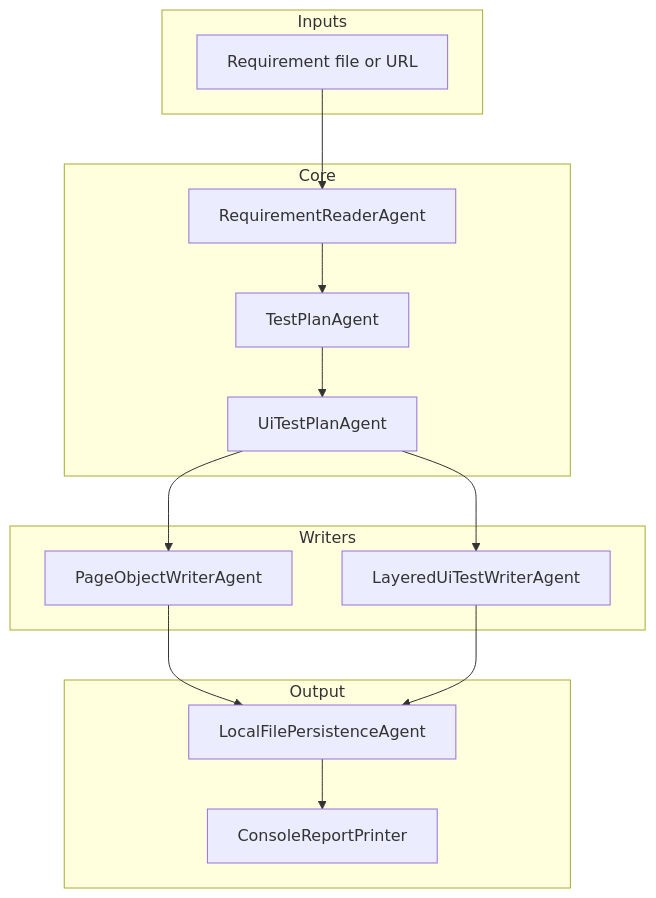
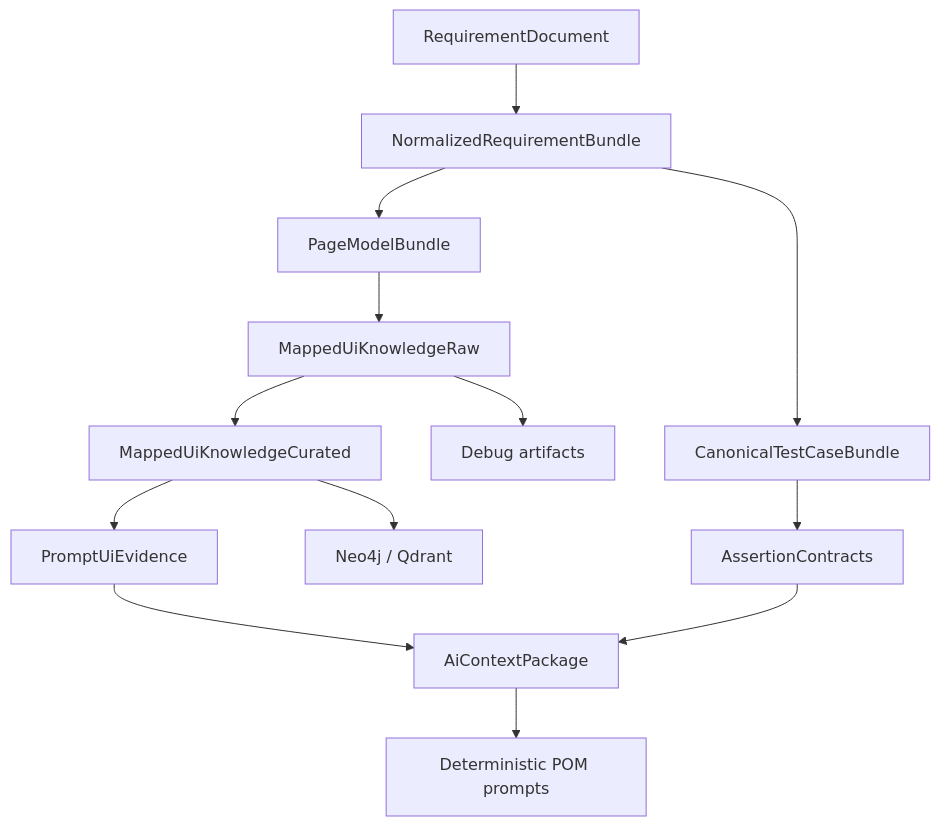
The diagram in ARCHITECTURE.md (PKrasytskyi/AQAI), drawn with Mermaid before and after one commit. The commit also changed other lines of this file and 209 other files, not shown here.

````diff
--- a/ARCHITECTURE.md
+++ b/ARCHITECTURE.md
@@ -45,31 +15,15 @@
 ```mermaid
-flowchart TB
-    subgraph Inputs
-        A["Requirement file or URL"]
-    end
-
-    subgraph Core
-        B["RequirementReaderAgent"]
-        C["TestPlanAgent"]
-        D["UiTestPlanAgent"]
-    end
-
-    subgraph Writers
-        E["PageObjectWriterAgent"]
-        F["LayeredUiTestWriterAgent"]
-    end
-
-    subgraph Output
-        G["LocalFilePersistenceAgent"]
-        H["ConsoleReportPrinter"]
-    end
-
-    A --> B
-    B --> C
-    C --> D
-    D --> E
-    D --> F
-    E --> G
-    F --> G
-    G --> H
+flowchart TD
+    A["RequirementDocument"] --> B["NormalizedRequirementBundle"]
+    B --> C["PageModelBundle"]
+    C --> D["MappedUiKnowledgeRaw"]
+    D --> E["MappedUiKnowledgeCurated"]
+    E --> F["PromptUiEvidence"]
+    B --> G["CanonicalTestCaseBundle"]
+    G --> H["AssertionContracts"]
+    F --> I["AiContextPackage"]
+    H --> I
+    I --> J["Deterministic POM prompts"]
+    D --> K["Debug artifacts"]
+    E --> L["Neo4j / Qdrant"]
 ```
````
